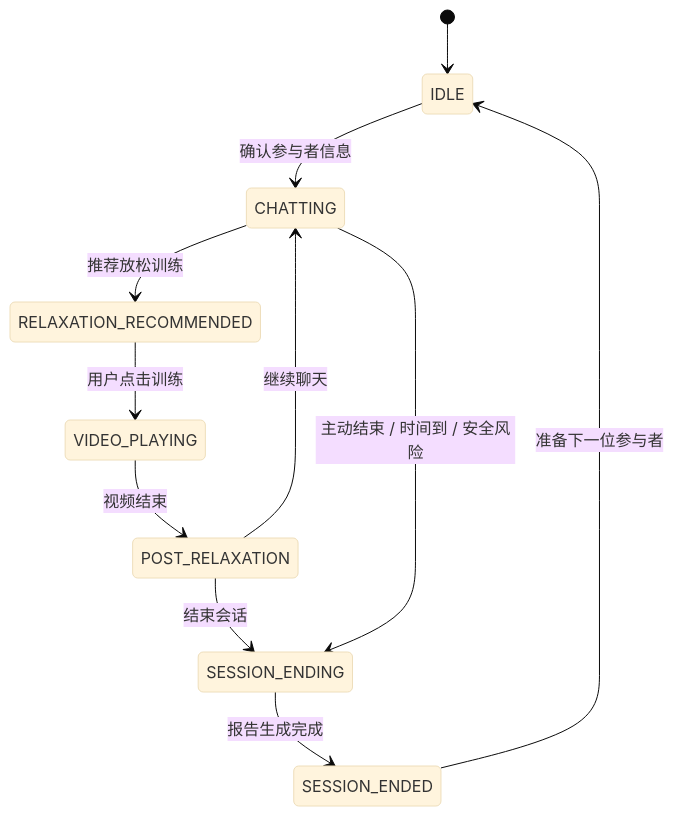
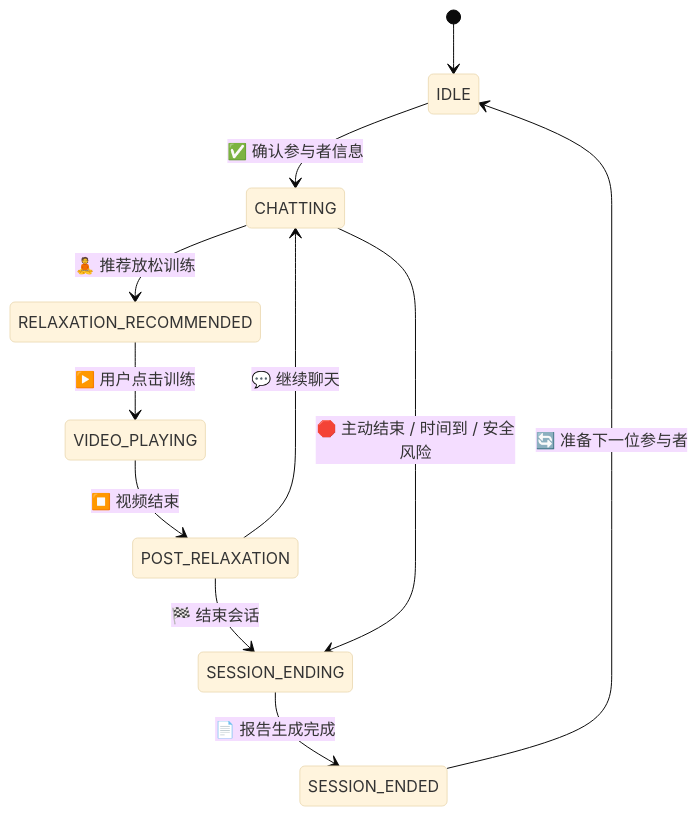
The second of 4 diagrams in README.md (jersery66/voicechat3), drawn with Mermaid (base theme) before and after one commit. The commit also changed other lines of this file, not shown here.

````diff
--- a/README.md
+++ b/README.md
@@ -171,13 +171,13 @@
 ```mermaid
 stateDiagram-v2
     [*] --> IDLE
-    IDLE --> CHATTING: 确认参与者信息
-    CHATTING --> RELAXATION_RECOMMENDED: 推荐放松训练
-    RELAXATION_RECOMMENDED --> VIDEO_PLAYING: 用户点击训练
-    VIDEO_PLAYING --> POST_RELAXATION: 视频结束
-    POST_RELAXATION --> CHATTING: 继续聊天
-    POST_RELAXATION --> SESSION_ENDING: 结束会话
-    CHATTING --> SESSION_ENDING: 主动结束 / 时间到 / 安全风险
-    SESSION_ENDING --> SESSION_ENDED: 报告生成完成
-    SESSION_ENDED --> IDLE: 准备下一位参与者
+    IDLE --> CHATTING: ✅ 确认参与者信息
+    CHATTING --> RELAXATION_RECOMMENDED: 🧘 推荐放松训练
+    RELAXATION_RECOMMENDED --> VIDEO_PLAYING: ▶️ 用户点击训练
+    VIDEO_PLAYING --> POST_RELAXATION: ⏹️ 视频结束
+    POST_RELAXATION --> CHATTING: 💬 继续聊天
+    POST_RELAXATION --> SESSION_ENDING: 🏁 结束会话
+    CHATTING --> SESSION_ENDING: 🛑 主动结束 / 时间到 / 安全风险
+    SESSION_ENDING --> SESSION_ENDED: 📄 报告生成完成
+    SESSION_ENDED --> IDLE: 🔄 准备下一位参与者
 ```
````
